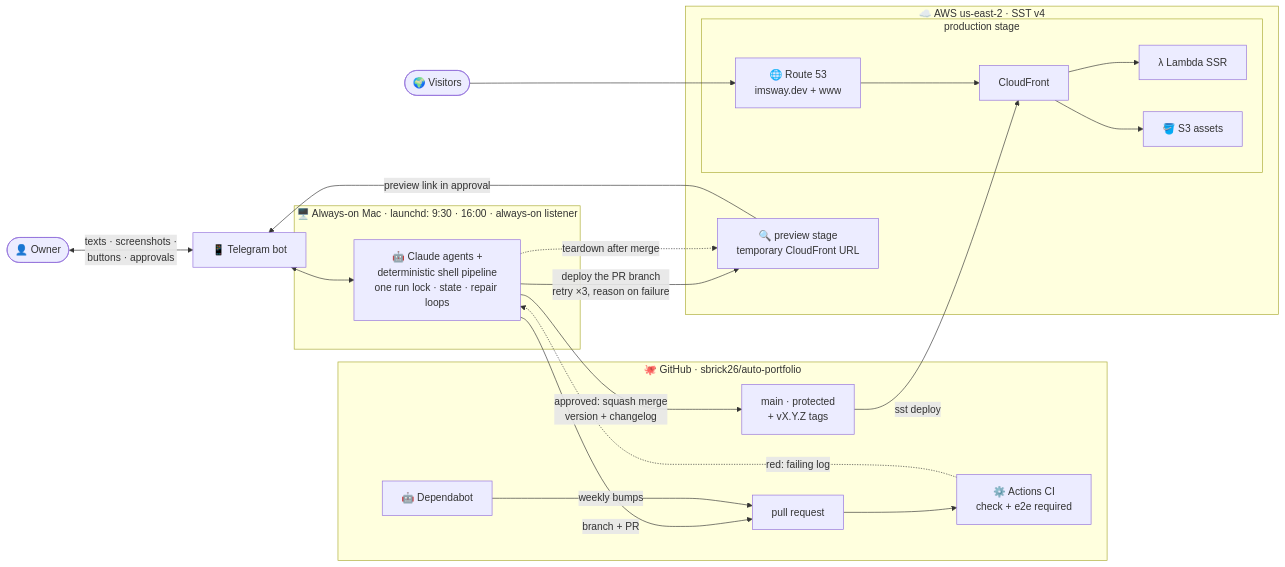
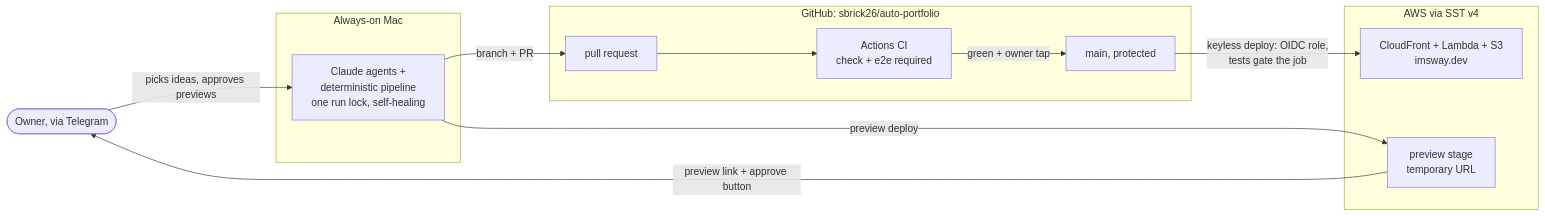
One commit to sbrick26/auto-portfolio changed the diagram in README.md. Above: the diagram before and after it, drawn with Mermaid. The commit also changed other lines of this file and 3 other files, not shown here.

First line of the commit message:
docs: quick-read README, current-site truth pass, keyless deploy path (#118)

````diff
--- a/README.md
+++ b/README.md
@@ -19,36 +9,30 @@
 ```mermaid
 flowchart LR
-    O(["👤 Owner"]) <-->|"texts · screenshots ·<br/>buttons · approvals"| TG["📱 Telegram bot"]
-    TG <--> AG
+    O(["Owner, via Telegram"]) -- picks ideas, approves previews --> AG
 
-    subgraph mac["🖥️ Always-on Mac · launchd: 9:30 · 16:00 · always-on listener"]
-        AG["🤖 Claude agents +<br/>deterministic shell pipeline<br/>one run lock · state · repair loops"]
+    subgraph mac["Always-on Mac"]
+        AG["Claude agents +
+        deterministic pipeline
+        one run lock, self-healing"]
     end
 
-    subgraph gh["🐙 GitHub · sbrick26/auto-portfolio"]
-        PR["pull request"]
-        CI["⚙️ Actions CI<br/>check + e2e required"]
-        MAIN["main · protected<br/>+ vX.Y.Z tags"]
-        DEP["🤖 Dependabot"]
+    subgraph gh["GitHub: sbrick26/auto-portfolio"]
+        PR["pull request"] --> CI["Actions CI
+        check + e2e required"]
+        MAIN["main, protected"]
     end
 
-    subgraph aws["☁️ AWS us-east-2 · SST v4"]
-        subgraph prod["production stage"]
-            R53["🌐 Route 53<br/>imsway.dev + www"] --> CF["CloudFront"]
-            CF --> LAM["λ Lambda SSR"]
-            CF --> S3["🪣 S3 assets"]
-        end
-        PREV["🔍 preview stage<br/>temporary CloudFront URL"]
+    subgraph aws["AWS via SST v4"]
+        PREV["preview stage
+        temporary URL"]
+        PROD["CloudFront + Lambda + S3
+        imsway.dev"]
     end
 
-    AG -->|"branch + PR"| PR
-    DEP -->|"weekly bumps"| PR
-    PR --> CI
-    CI -.->|"red: failing log"| AG
-    AG -->|"deploy the PR branch<br/>retry ×3, reason on failure"| PREV
-    PREV -->|"preview link in approval"| TG
-    AG -->|"approved: squash merge<br/>version + changelog"| MAIN
-    MAIN -->|"sst deploy"| CF
-    AG -.->|"teardown after merge"| PREV
-    V(["🌍 Visitors"]) --> R53
+    AG -- branch + PR --> PR
+    AG -- preview deploy --> PREV
+    PREV -- preview link + approve button --> O
+    CI -- green + owner tap --> MAIN
+    MAIN -- keyless deploy: OIDC role,
+    tests gate the job --> PROD
 ```
````
